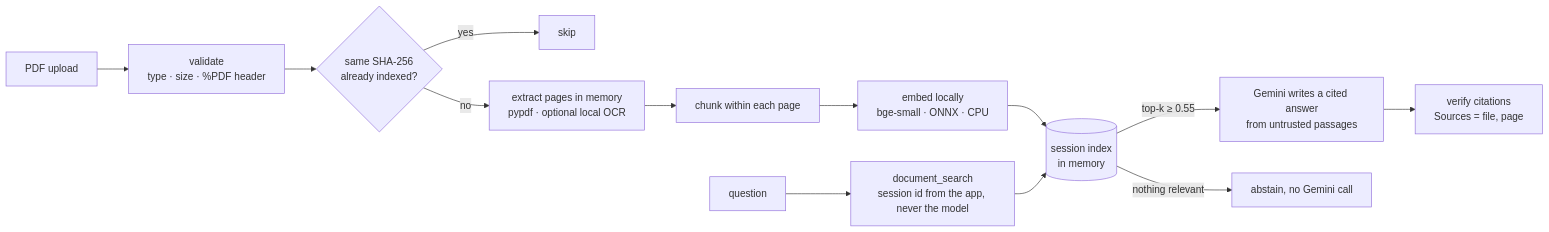
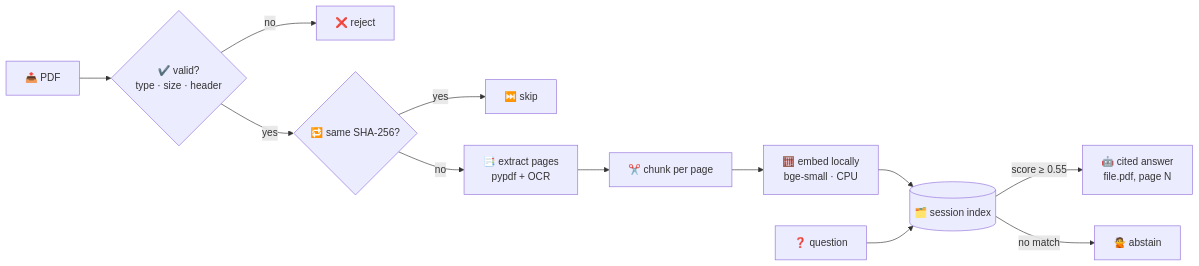
One commit to risitasutar/OmniiFlow-AI changed the fourth of 8 diagrams in README.md. Above: the diagram before and after it, drawn with Mermaid. The commit also changed other lines of this file and 1 other file, not shown here.

````diff
--- a/README.md
+++ b/README.md
@@ -838,15 +162,15 @@
 ```mermaid
 flowchart LR
-  U[PDF upload] --> V[validate<br/>type · size · %PDF header]
-  V --> H{same SHA-256<br/>already indexed?}
-  H -->|yes| SK[skip]
-  H -->|no| X[extract pages in memory<br/>pypdf · optional local OCR]
-  X --> C[chunk within each page]
-  C --> E[embed locally<br/>bge-small · ONNX · CPU]
-  E --> IDX[(session index<br/>in memory)]
-  Q[question] --> DS[document_search<br/>session id from the app, never the model]
-  DS --> IDX
-  IDX -->|top-k ≥ 0.55| SY[Gemini writes a cited answer<br/>from untrusted passages]
-  IDX -->|nothing relevant| AB[abstain, no Gemini call]
-  SY --> VF[verify citations<br/>Sources = file, page]
+  U[📤 PDF] --> V{✔️ valid?<br/>type · size · header}
+  V -->|no| R[❌ reject]
+  V -->|yes| H{🔁 same SHA-256?}
+  H -->|yes| SK[⏭️ skip]
+  H -->|no| X[📑 extract pages<br/>pypdf + OCR]
+  X --> C[✂️ chunk per page]
+  C --> E[🧮 embed locally<br/>bge-small · CPU]
+  E --> IDX[(🗂️ session index)]
+
+  Q[❓ question] --> IDX
+  IDX -->|score ≥ 0.55| A[🤖 cited answer<br/>file.pdf, page N]
+  IDX -->|no match| AB[🙅 abstain]
 ```
````
